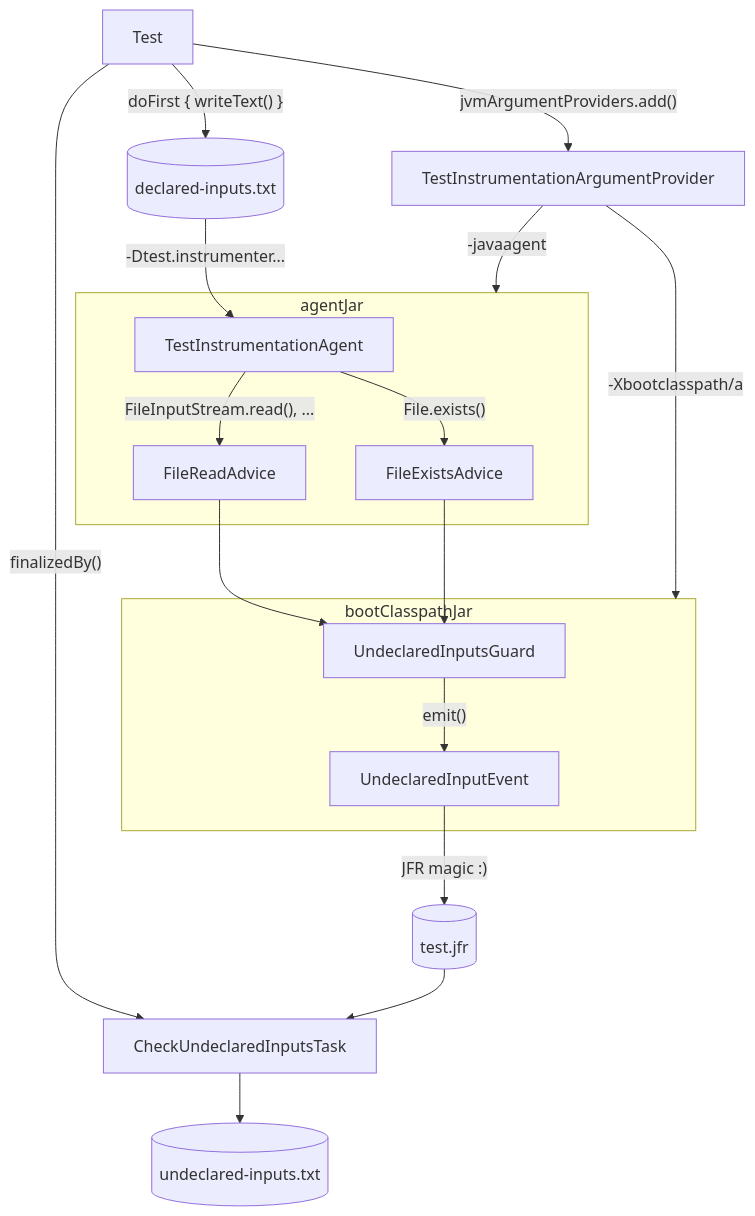
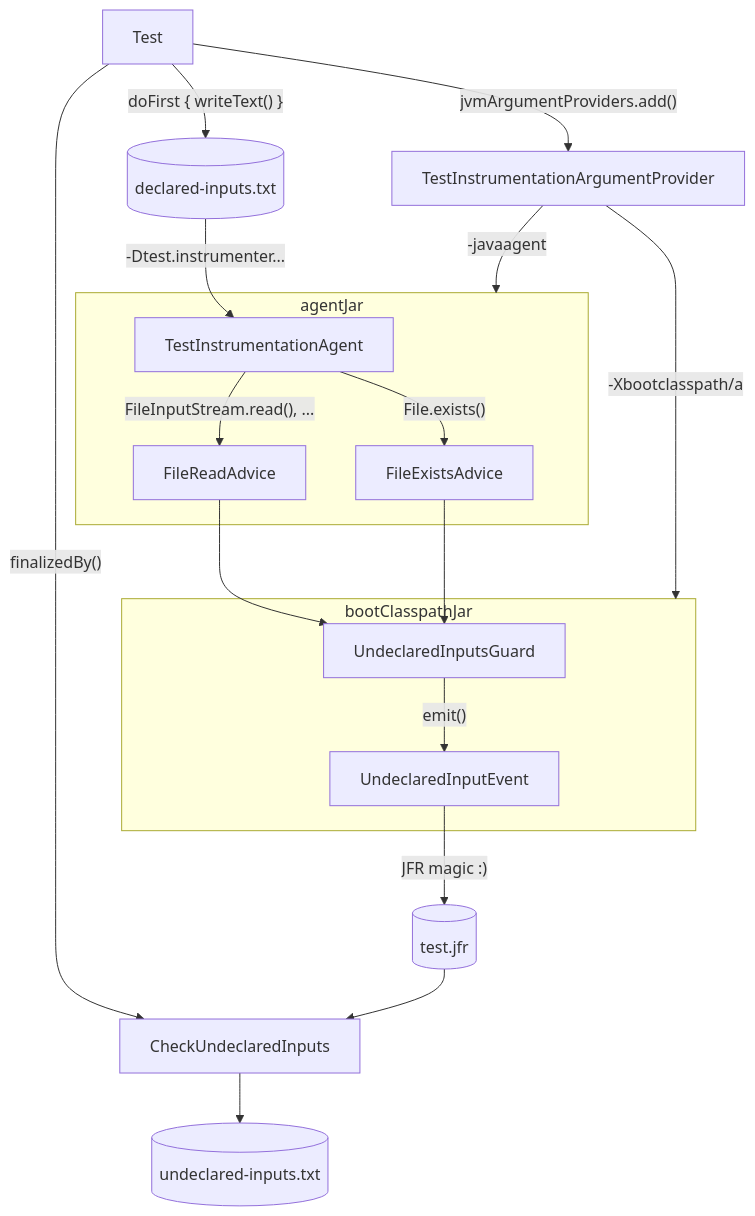
The second of 2 diagrams in repo/gradle-build-conventions/test-inputs-check-v2/README.md (DendyGrobovshik/kotlin), drawn with Mermaid before and after one commit. The commit also changed other lines of this file and 1 other file, not shown here.

Commit message:
fixup! [Build] Implement `test-inputs-check-v2`

````diff
--- a/repo/gradle-build-conventions/test-inputs-check-v2/README.md
+++ b/repo/gradle-build-conventions/test-inputs-check-v2/README.md
@@ -171,21 +171,21 @@
 ```mermaid
 flowchart TD
     Test -->|"jvmArgumentProviders.add()"| TestInstrumentationArgumentProvider
     Test -->|"doFirst { writeText() }"| declaredInputsTxt@{shape: cyl, label: "declared-inputs.txt"}
     declaredInputsTxt -->|"-Dtest.instrumenter..."| TestInstrumentationAgent
-    Test --> |"finalizedBy()"| CheckUndeclaredInputsTask
+    Test --> |"finalizedBy()"| CheckUndeclaredInputs
     TestInstrumentationArgumentProvider -->|"-javaagent"| agentJar
     TestInstrumentationArgumentProvider -->|"-Xbootclasspath/a"| bootClasspathJar
     subgraph bootClasspathJar
         UndeclaredInputsGuard -->|"emit()"| UndeclaredInputEvent
     end
     subgraph agentJar
         TestInstrumentationAgent -->|"File.exists()"| FileExistsAdvice
         TestInstrumentationAgent -->|"FileInputStream.read(), ..."| FileReadAdvice
         FileReadAdvice --> UndeclaredInputsGuard     
         FileExistsAdvice --> UndeclaredInputsGuard
     end
     UndeclaredInputEvent -->|"JFR magic :)"| testJfr@{shape: cyl, label: "test.jfr"}
-    testJfr --> CheckUndeclaredInputsTask
-    CheckUndeclaredInputsTask --> undeclaredInputsTxt@{shape: cyl, label: "undeclared-inputs.txt"}
+    testJfr --> CheckUndeclaredInputs
+    CheckUndeclaredInputs --> undeclaredInputsTxt@{shape: cyl, label: "undeclared-inputs.txt"}
 ```
````
